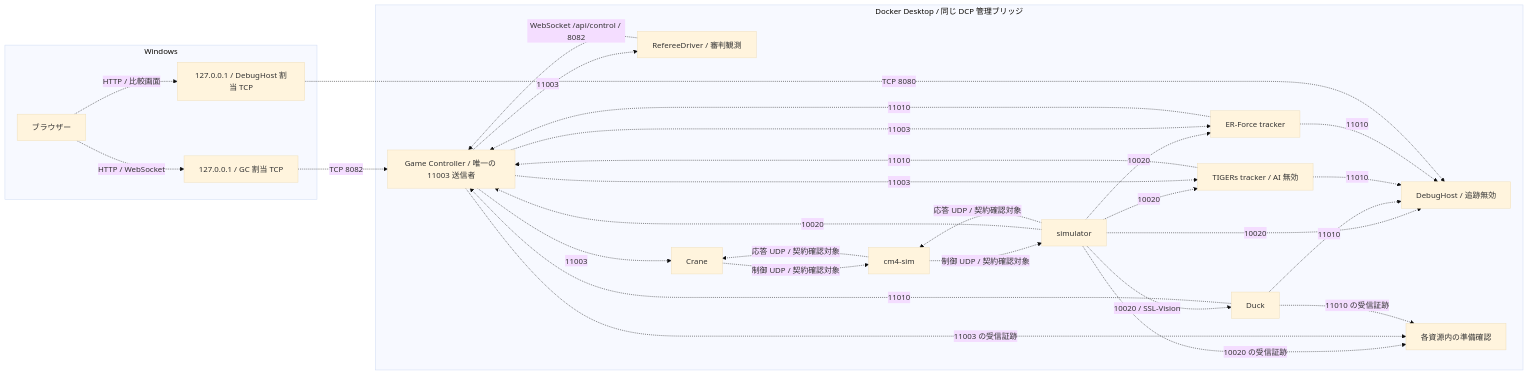
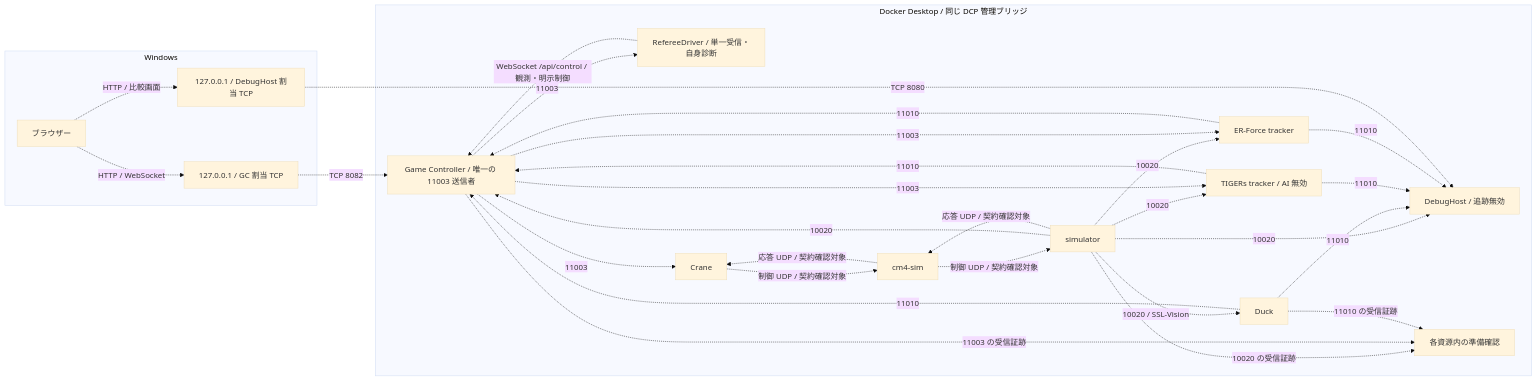
One commit to ibis-ssl/Duck changed the second of 3 diagrams in Tracker/Design/Testing/aspire-simulation-test-environment.md. Above: the diagram before and after it, drawn with Mermaid (base theme). The commit also changed other lines of this file and 295 other files, not shown here.

````diff
--- a/Tracker/Design/Testing/aspire-simulation-test-environment.md
+++ b/Tracker/Design/Testing/aspire-simulation-test-environment.md
@@ -91,47 +92,47 @@
 ```mermaid
 flowchart LR
  subgraph win[Windows]
   browser[ブラウザー]
   gcPort[127.0.0.1 / GC 割当 TCP]
   debugPort[127.0.0.1 / DebugHost 割当 TCP]
  end
  subgraph bridge[Docker Desktop / 同じ DCP 管理ブリッジ]
   sim[simulator]
   gc[Game Controller / 唯一の 11003 送信者]
   duck[Duck]
   debug[DebugHost / 追跡無効]
   tigers[TIGERs tracker / AI 無効]
   erforce[ER-Force tracker]
-  ref[RefereeDriver / 審判観測]
+  ref[RefereeDriver / 単一受信・自身診断]
   crane[Crane]
   cm4[cm4-sim]
   checks[各資源内の準備確認]
   sim -. 10020 / SSL-Vision .-> duck
   sim -. 10020 .-> debug
   sim -. 10020 .-> tigers
   sim -. 10020 .-> erforce
   sim -. 10020 .-> gc
   duck -. 11010 .-> debug
   tigers -. 11010 .-> debug
   erforce -. 11010 .-> debug
   duck -. 11010 .-> gc
   tigers -. 11010 .-> gc
   erforce -. 11010 .-> gc
   gc -. 11003 .-> tigers
   gc -. 11003 .-> erforce
   gc -. 11003 .-> ref
   gc -. 11003 .-> crane
   sim -. 10020 の受信証跡 .-> checks
   gc -. 11003 の受信証跡 .-> checks
   duck -. 11010 の受信証跡 .-> checks
   crane -. 制御 UDP / 契約確認対象 .-> cm4
   cm4 -. 制御 UDP / 契約確認対象 .-> sim
   sim -. 応答 UDP / 契約確認対象 .-> cm4
   cm4 -. 応答 UDP / 契約確認対象 .-> crane
-  ref -. WebSocket /api/control / 8082 .-> gc
+  ref -. WebSocket /api/control / 観測・明示制御 .-> gc
  end
  browser -. HTTP / WebSocket .-> gcPort
  gcPort -. TCP 8082 .-> gc
  browser -. HTTP / 比較画面 .-> debugPort
  debugPort -. TCP 8080 .-> debug
 ```
````
